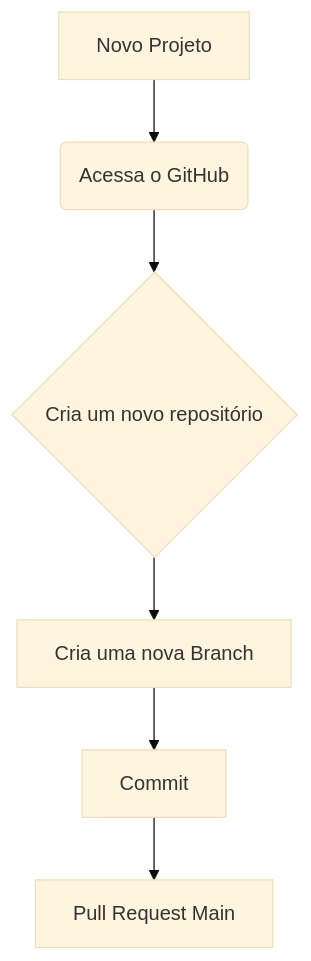
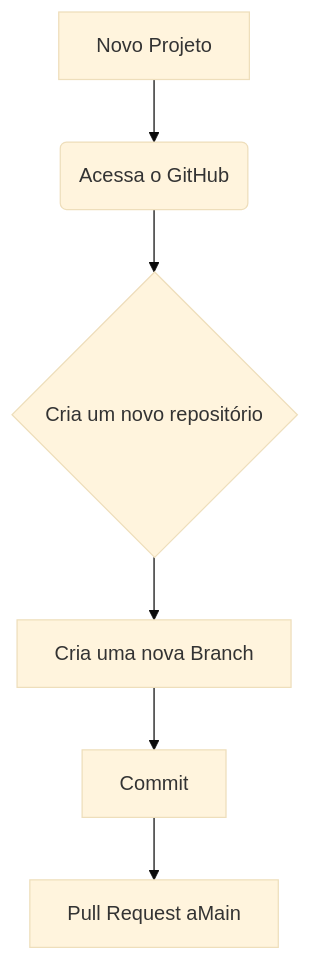
One commit to julioarruda/teste1 changed the diagram in README.md. Above: the diagram before and after it, drawn with Mermaid (base theme). The commit also changed other lines of this file, not shown here.

````diff
--- a/README.md
+++ b/README.md
@@ -1,9 +1,9 @@
 ```mermaid
 graph TD
     A[Novo Projeto] --> B(Acessa o GitHub)
     B --> C{Cria um novo repositório}
     C --> D[Cria uma nova Branch]
     D --> E[Commit]
-    E --> F[Pull Request Main]
+    E --> F[Pull Request aMain]
  
  ```
````
